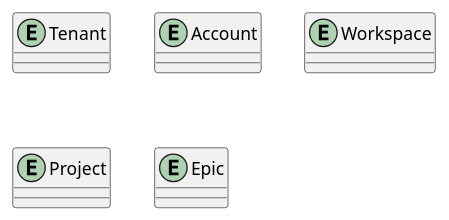
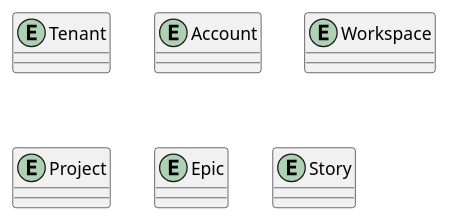
Before and after one commit to jairokoning/sprint_manager_uml: the diagram in entities.plantuml, drawn with PlantUML.

Commit message:
feat: add entity story

```diff
--- a/entities.plantuml
+++ b/entities.plantuml
@@ -1,9 +1,11 @@
 @startuml "entities"
 
 entity Tenant {}
 entity Account {}
 entity Workspace {}
 entity Project {}
 entity Epic {}
+entity Story {}
+
 
 @enduml
```
